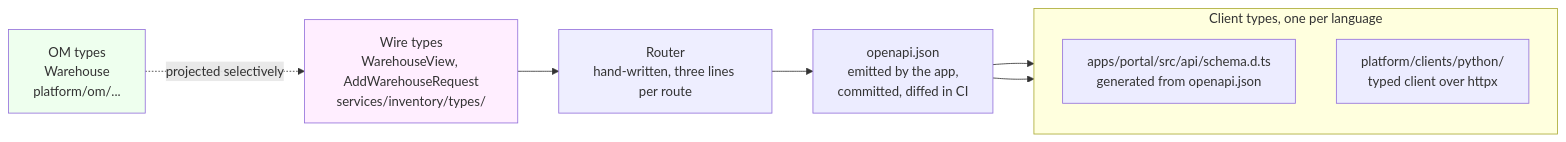
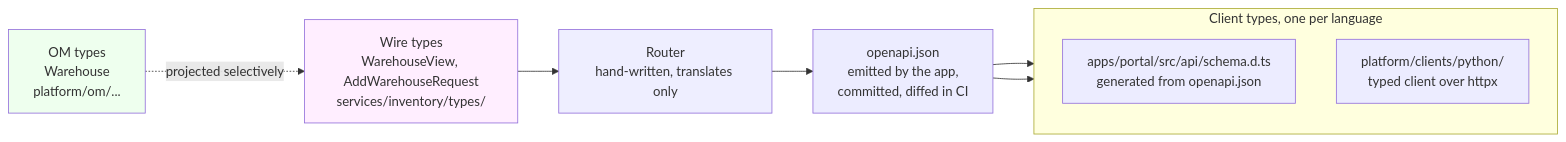
The second of 7 diagrams in architecture.md (Crack525/swe_guidelines), drawn with Mermaid before and after one commit. The commit also changed other lines of this file, not shown here.

````diff
--- a/architecture.md
+++ b/architecture.md
@@ -1473,23 +1423,23 @@
 ``` mermaid
 flowchart LR
     OM[OM types<br/>Warehouse<br/>platform/om/...]
     View[Wire types<br/>WarehouseView, AddWarehouseRequest<br/>services/inventory/types/]
-    Router[Router<br/>hand-written, three lines per route]
+    Router[Router<br/>hand-written, translates only]
     OpenAPI[openapi.json<br/>emitted by the app,<br/>committed, diffed in CI]
 
     subgraph Clients [Client types, one per language]
         direction TB
         TsTypes[apps/portal/src/api/schema.d.ts<br/>generated from openapi.json]
         PyClient[platform/clients/python/<br/>typed client over httpx]
     end
 
     OM -. projected selectively .-> View
     View --> Router
     Router --> OpenAPI
     OpenAPI --> TsTypes
     OpenAPI --> PyClient
 
     style Router fill:#eef
     style OM fill:#efe
     style View fill:#fef
 ```
````
